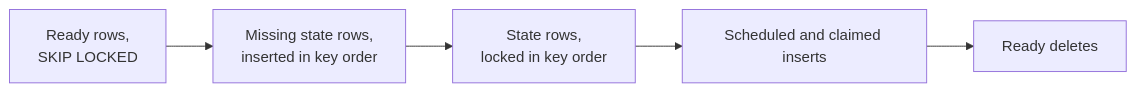
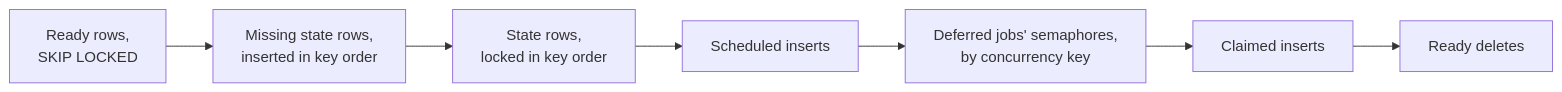
The third of 3 diagrams in docs/design.md (dtcristo/solid_queue-rate_limit), drawn with Mermaid before and after one commit. The commit also changed other lines of this file and 1 other file, not shown here.

Commit message:
Explain how deferred jobs give their semaphore back, and each entry point's lock order

````diff
--- a/docs/design.md
+++ b/docs/design.md
@@ -116,7 +121,9 @@
 ```mermaid
 flowchart LR
     Ready["Ready rows,<br/>SKIP LOCKED"] --> Insert["Missing state rows,<br/>inserted in key order"]
     Insert --> Lock["State rows,<br/>locked in key order"]
-    Lock --> Writes["Scheduled and claimed inserts"]
-    Writes --> Deletes["Ready deletes"]
+    Lock --> Scheduled["Scheduled inserts"]
+    Scheduled --> Semaphores["Deferred jobs' semaphores,<br/>by concurrency key"]
+    Semaphores --> Claimed["Claimed inserts"]
+    Claimed --> Deletes["Ready deletes"]
 ```
````
